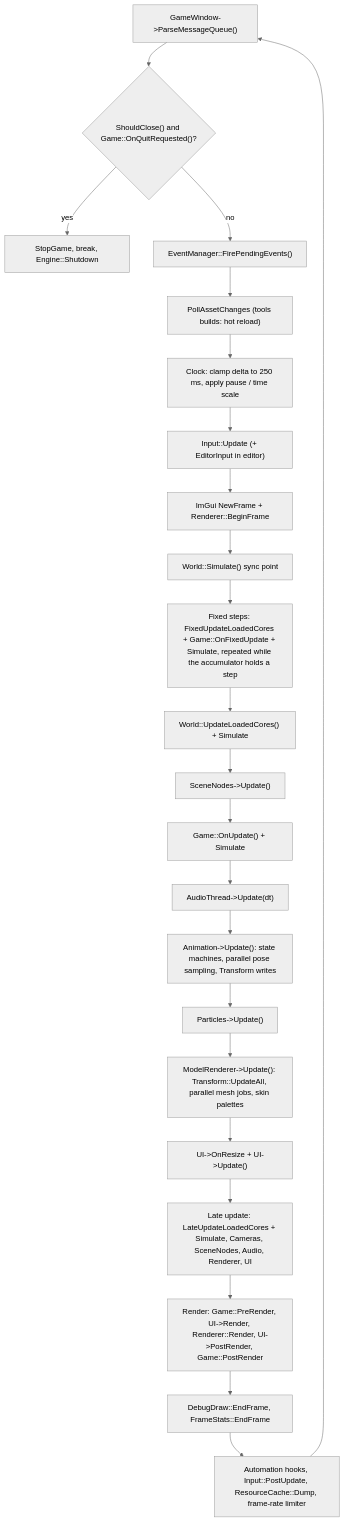
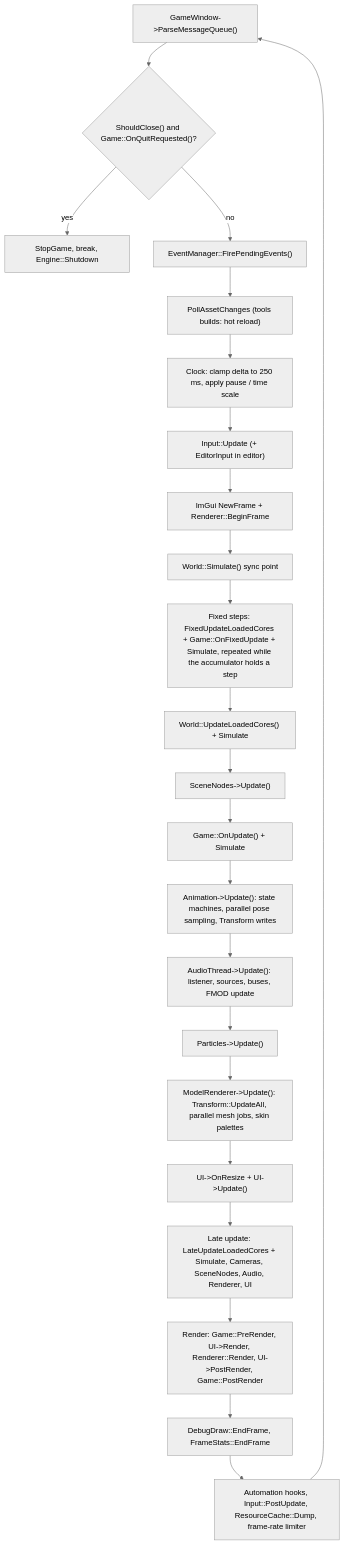
Before and after one commit to wobbier/MitchEngine: the second of 2 diagrams in Docs/Architecture.md, drawn with Mermaid (neutral theme). The commit also changed other lines of this file and 8 other files, not shown here.

````diff
--- a/Docs/Architecture.md
+++ b/Docs/Architecture.md
@@ -93,25 +93,25 @@
 ```mermaid
 flowchart TD
     A["GameWindow->ParseMessageQueue()"] --> B{"ShouldClose() and Game::OnQuitRequested()?"}
     B -- yes --> Z["StopGame, break, Engine::Shutdown"]
     B -- no --> C["EventManager::FirePendingEvents()"]
     C --> C2["PollAssetChanges (tools builds: hot reload)"]
     C2 --> D["Clock: clamp delta to 250 ms, apply pause / time scale"]
     D --> E["Input::Update (+ EditorInput in editor)"]
     E --> F["ImGui NewFrame + Renderer::BeginFrame"]
     F --> G["World::Simulate() sync point"]
     G --> H["Fixed steps: FixedUpdateLoadedCores + Game::OnFixedUpdate + Simulate, repeated while the accumulator holds a step"]
     H --> I["World::UpdateLoadedCores() + Simulate"]
     I --> J["SceneNodes->Update()"]
     J --> K["Game::OnUpdate() + Simulate"]
-    K --> L["AudioThread->Update(dt)"]
-    L --> L2["Animation->Update(): state machines, parallel pose sampling, Transform writes"]
-    L2 --> L3["Particles->Update()"]
+    K --> L2["Animation->Update(): state machines, parallel pose sampling, Transform writes"]
+    L2 --> L["AudioThread->Update(): listener, sources, buses, FMOD update"]
+    L --> L3["Particles->Update()"]
     L3 --> M["ModelRenderer->Update(): Transform::UpdateAll, parallel mesh jobs, skin palettes"]
     M --> N["UI->OnResize + UI->Update()"]
     N --> O["Late update: LateUpdateLoadedCores + Simulate, Cameras, SceneNodes, Audio, Renderer, UI"]
     O --> P["Render: Game::PreRender, UI->Render, Renderer::Render, UI->PostRender, Game::PostRender"]
     P --> P2["DebugDraw::EndFrame, FrameStats::EndFrame"]
     P2 --> Q["Automation hooks, Input::PostUpdate, ResourceCache::Dump, frame-rate limiter"]
     Q --> A
 ```
````
